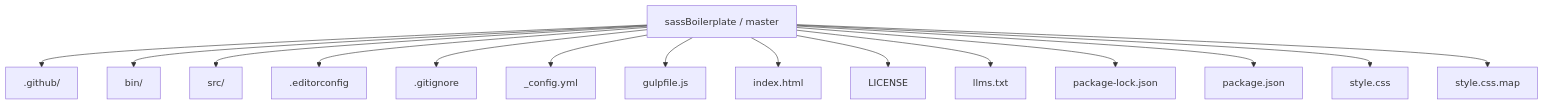
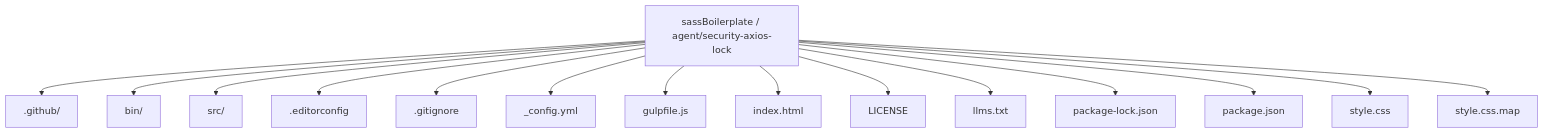
One commit to Nischhalsubba/sassBoilerplate changed the first of 5 diagrams in README.md. Above: the diagram before and after it, drawn with Mermaid. The commit also changed other lines of this file, not shown here.

````diff
--- a/README.md
+++ b/README.md
@@ -56,18 +56,18 @@
 ```mermaid
 flowchart TD
-    ROOT["sassBoilerplate / master"]
+    ROOT["sassBoilerplate / agent/security-axios-lock"]
     ROOT --> P0[".github/"]
     ROOT --> P1["bin/"]
     ROOT --> P2["src/"]
     ROOT --> P3[".editorconfig"]
     ROOT --> P4[".gitignore"]
     ROOT --> P5["_config.yml"]
     ROOT --> P6["gulpfile.js"]
     ROOT --> P7["index.html"]
     ROOT --> P8["LICENSE"]
     ROOT --> P9["llms.txt"]
     ROOT --> P10["package-lock.json"]
     ROOT --> P11["package.json"]
     ROOT --> P12["style.css"]
     ROOT --> P13["style.css.map"]
 ```
````
